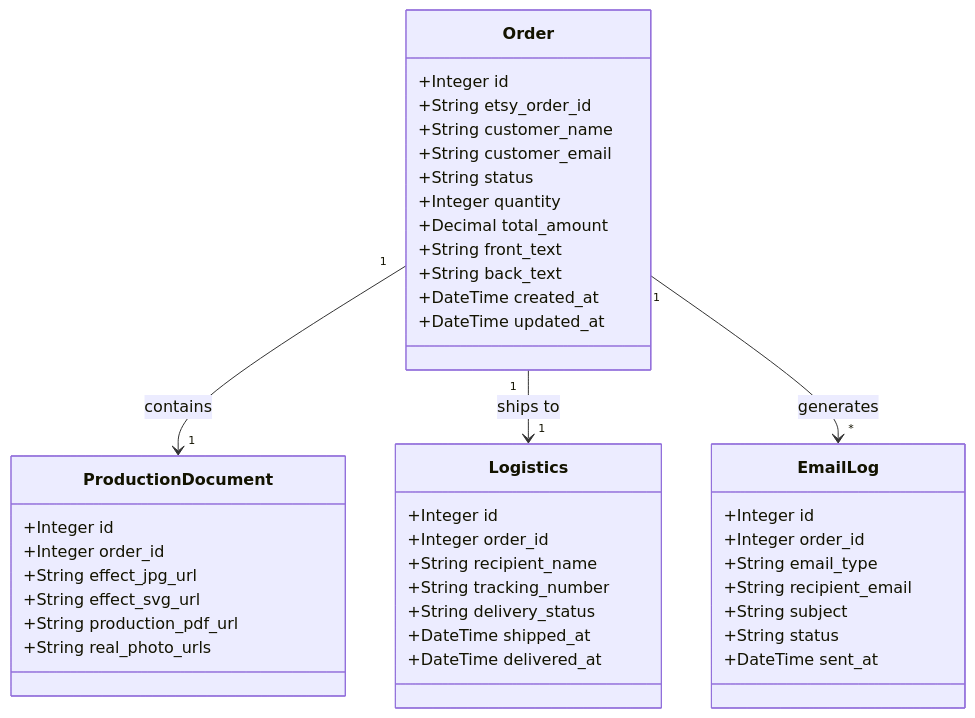
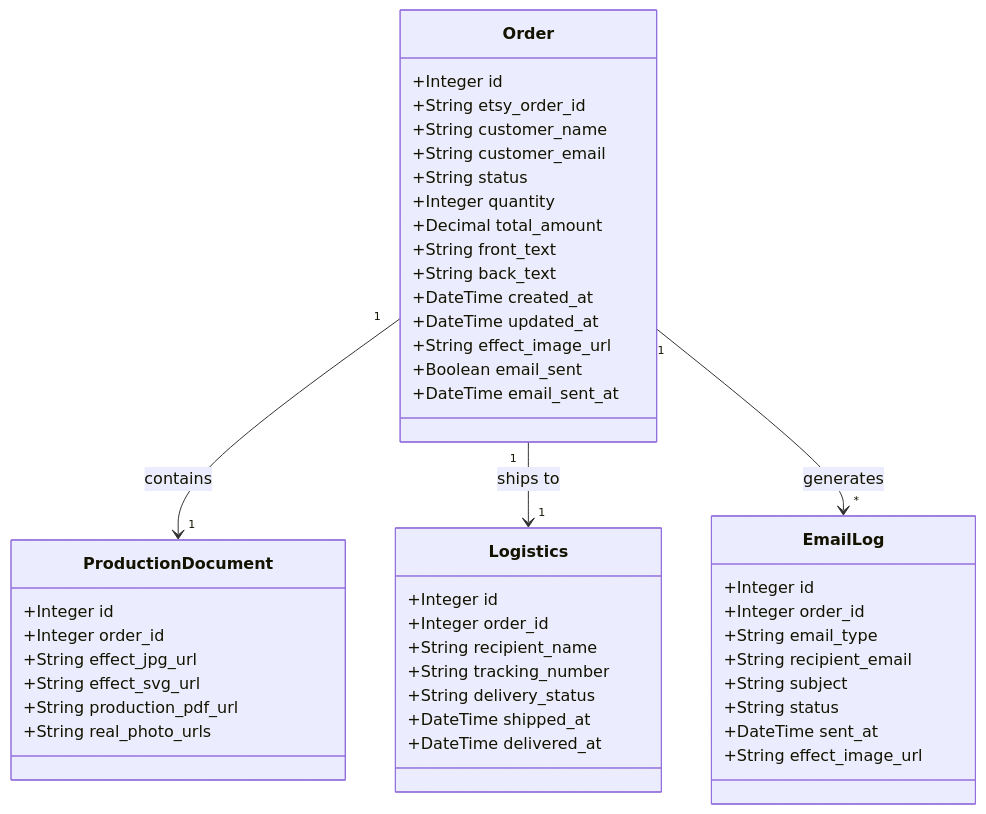
Before and after one commit to SY6621/POD-Order-Management: the second of 20 diagrams in .qoder/repowiki/zh/content/开发指南/管理面板功能增强.md, drawn with Mermaid. The commit also changed other lines of this file and 8 other files, not shown here.

````diff
--- a/.qoder/repowiki/zh/content/开发指南/管理面板功能增强.md
+++ b/.qoder/repowiki/zh/content/开发指南/管理面板功能增强.md
@@ -135,45 +150,49 @@
 ```mermaid
 classDiagram
 class Order {
 +Integer id
 +String etsy_order_id
 +String customer_name
 +String customer_email
 +String status
 +Integer quantity
 +Decimal total_amount
 +String front_text
 +String back_text
 +DateTime created_at
 +DateTime updated_at
++String effect_image_url
++Boolean email_sent
++DateTime email_sent_at
 }
 class Logistics {
 +Integer id
 +Integer order_id
 +String recipient_name
 +String tracking_number
 +String delivery_status
 +DateTime shipped_at
 +DateTime delivered_at
 }
 class ProductionDocument {
 +Integer id
 +Integer order_id
 +String effect_jpg_url
 +String effect_svg_url
 +String production_pdf_url
 +String real_photo_urls
 }
 class EmailLog {
 +Integer id
 +Integer order_id
 +String email_type
 +String recipient_email
 +String subject
 +String status
 +DateTime sent_at
++String effect_image_url
 }
 Order "1" --> "1" ProductionDocument : contains
 Order "1" --> "1" Logistics : ships to
 Order "1" --> "*" EmailLog : generates
 ```
````
